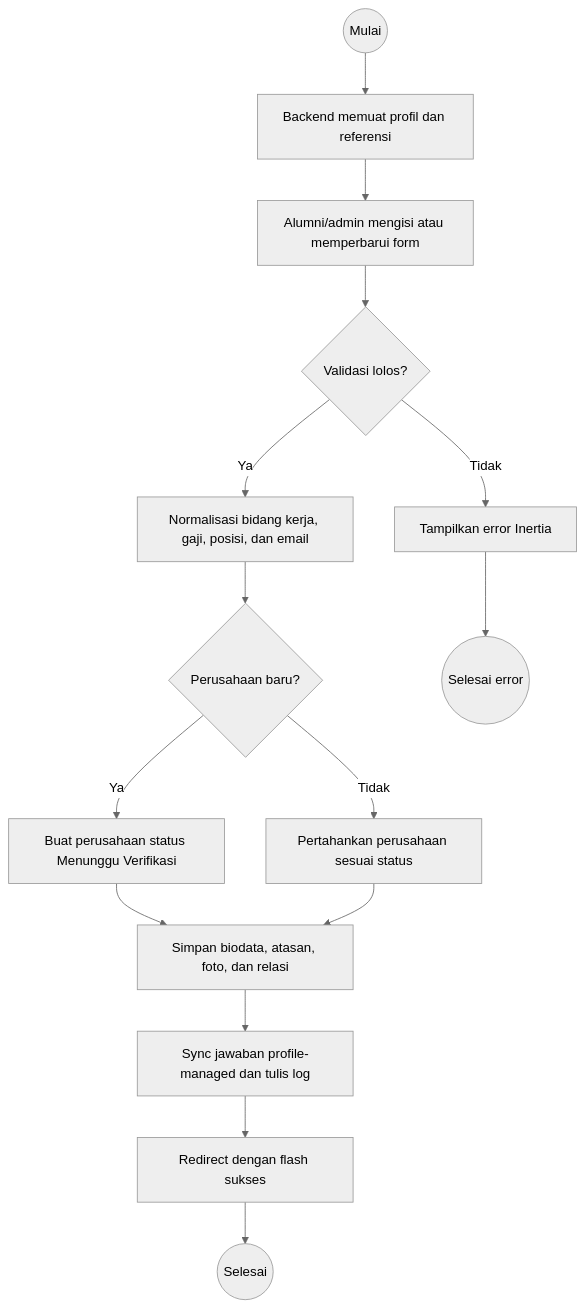
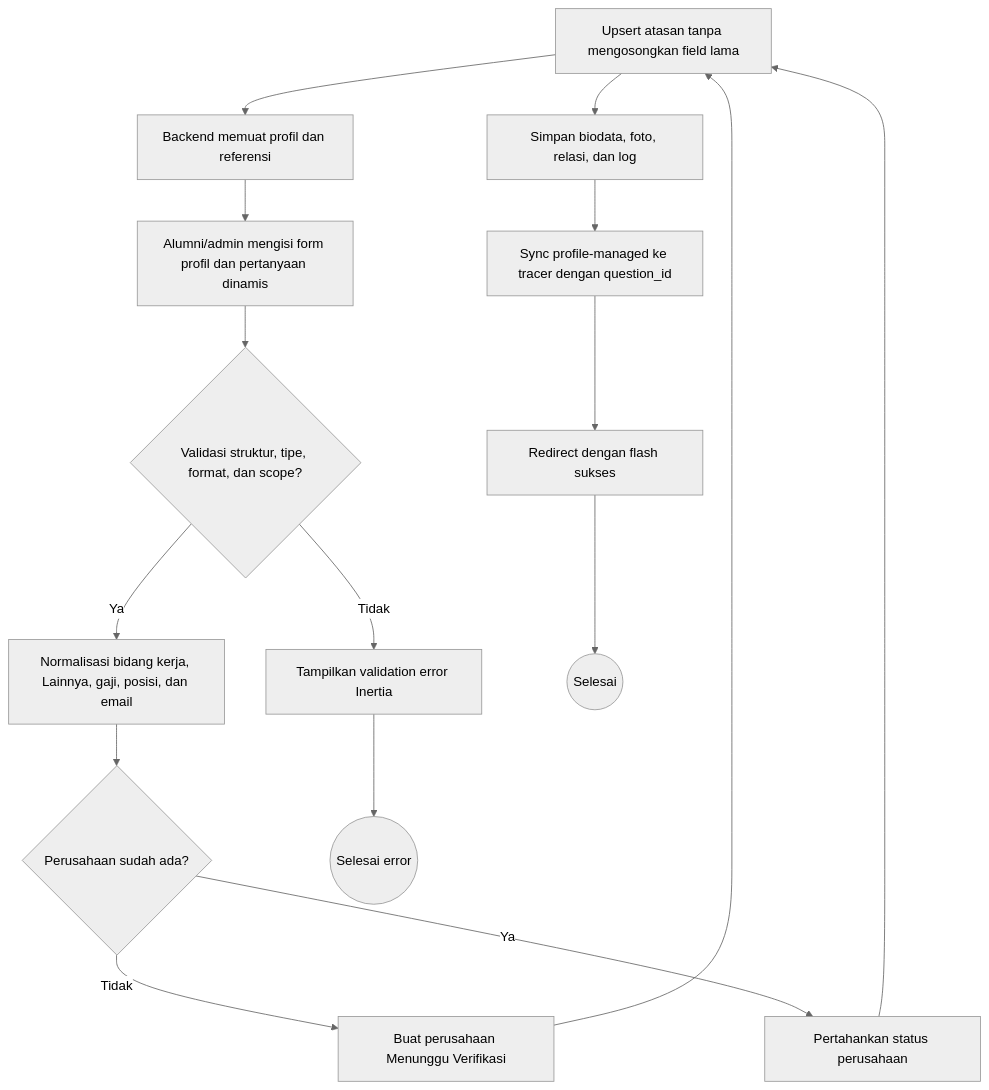
The second of 7 diagrams in docs/activitydiagram.md (claraanjelitakd/tugas-akhir), drawn with Mermaid (neutral theme) before and after one commit. The commit also changed other lines of this file and 83 other files, not shown here.

Commit message:
Audit and simplify alumni profile data

```diff
--- a/docs/activitydiagram.md
+++ b/docs/activitydiagram.md
@@ -160,17 +196,18 @@
 ~~~mermaid
 flowchart TD
   A((Mulai)) --> L[Backend memuat profil dan referensi]
-  L --> U[Alumni/admin mengisi atau memperbarui form]
-  U --> V{Validasi lolos?}
-  V -- Tidak --> E[Tampilkan error Inertia]
-  V -- Ya --> N[Normalisasi bidang kerja, gaji, posisi, dan email]
-  N --> C{Perusahaan baru?}
-  C -- Ya --> CP[Buat perusahaan status Menunggu Verifikasi]
-  C -- Tidak --> K[Pertahankan perusahaan sesuai status]
-  CP --> T[Simpan biodata, atasan, foto, dan relasi]
-  K --> T
-  T --> Q[Sync jawaban profile-managed dan tulis log]
+  L --> U[Alumni/admin mengisi form profil dan pertanyaan dinamis]
+  U --> V{Validasi struktur, tipe, format, dan scope?}
+  V -- Tidak --> E[Tampilkan validation error Inertia]
+  V -- Ya --> N[Normalisasi bidang kerja, Lainnya, gaji, posisi, dan email]
+  N --> C{Perusahaan sudah ada?}
+  C -- Tidak --> CP[Buat perusahaan Menunggu Verifikasi]
+  C -- Ya --> K[Pertahankan status perusahaan]
+  CP --> A[Upsert atasan tanpa mengosongkan field lama]
+  K --> A
+  A --> T[Simpan biodata, foto, relasi, dan log]
+  T --> Q[Sync profile-managed ke tracer dengan question_id]
   Q --> R[Redirect dengan flash sukses]
   E --> X((Selesai error))
   R --> Y((Selesai))
 ~~~
```
